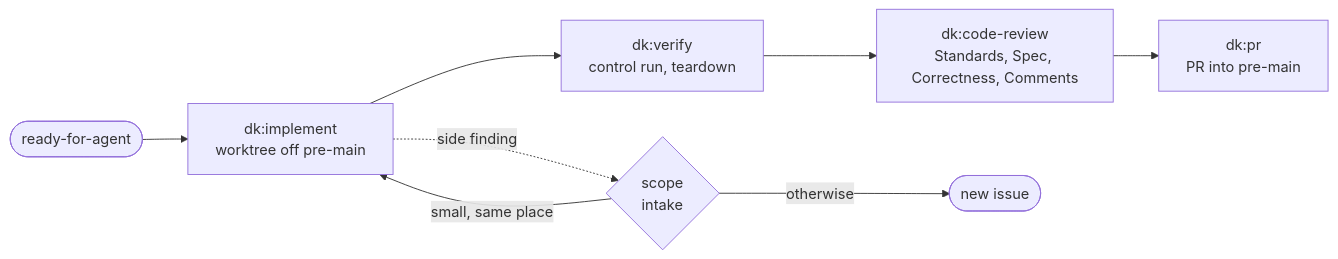
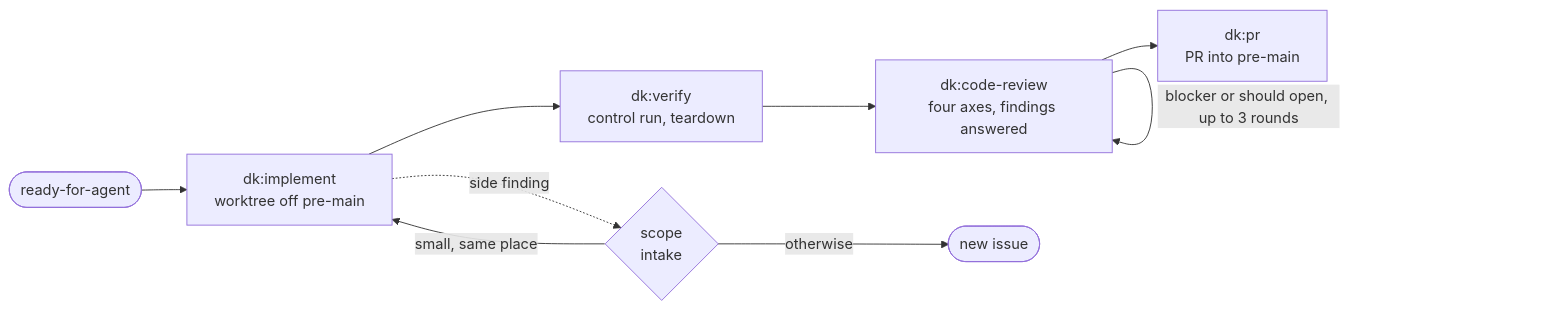
Before and after one commit to kaminski-dev/dk-agent-kit: the second of 5 diagrams in README.md, drawn with Mermaid. The commit also changed other lines of this file, not shown here.

Commit message:
README: the workflow diagrams show answered findings, pr-wait and the ready gate (#112)

````diff
--- a/README.md
+++ b/README.md
@@ -55,10 +55,11 @@
 ```mermaid
 flowchart LR
   ready(["ready-for-agent"]) --> implement["dk:implement<br/>worktree off pre-main"]
   implement --> verify["dk:verify<br/>control run, teardown"]
-  verify --> review["dk:code-review<br/>Standards, Spec, Correctness, Comments"]
+  verify --> review["dk:code-review<br/>four axes, findings answered"]
+  review -- "blocker or should open, up to 3 rounds" --> review
   review --> pr["dk:pr<br/>PR into pre-main"]
   implement -. "side finding" .-> intake{"scope<br/>intake"}
   intake -- "small, same place" --> implement
   intake -- "otherwise" --> new(["new issue"])
 ```
````
